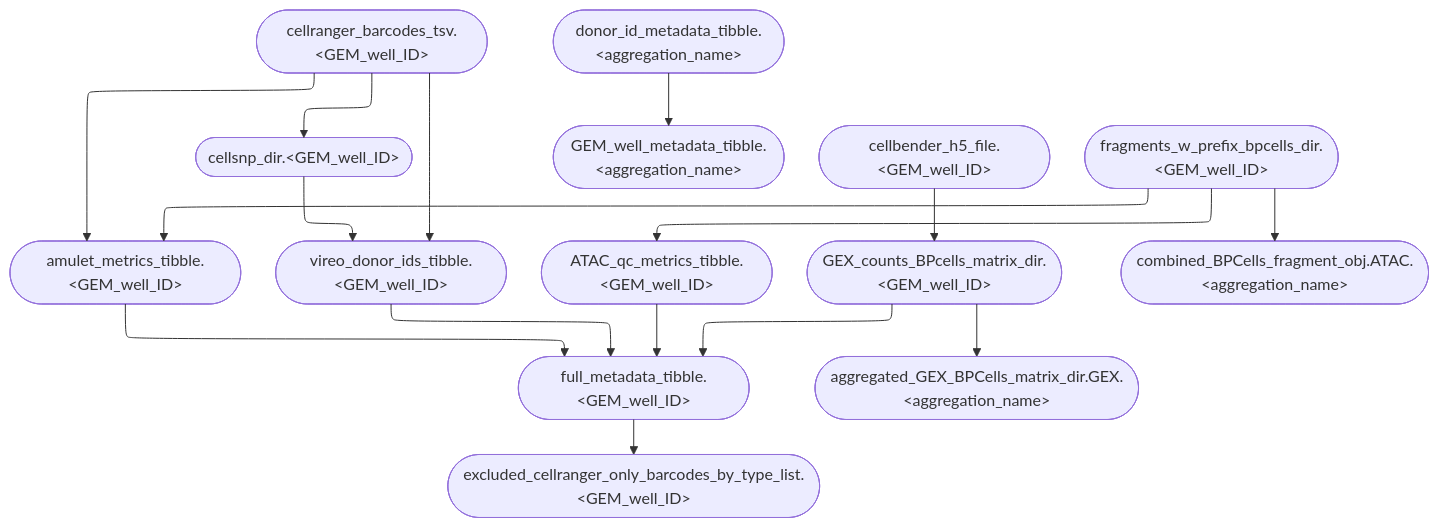
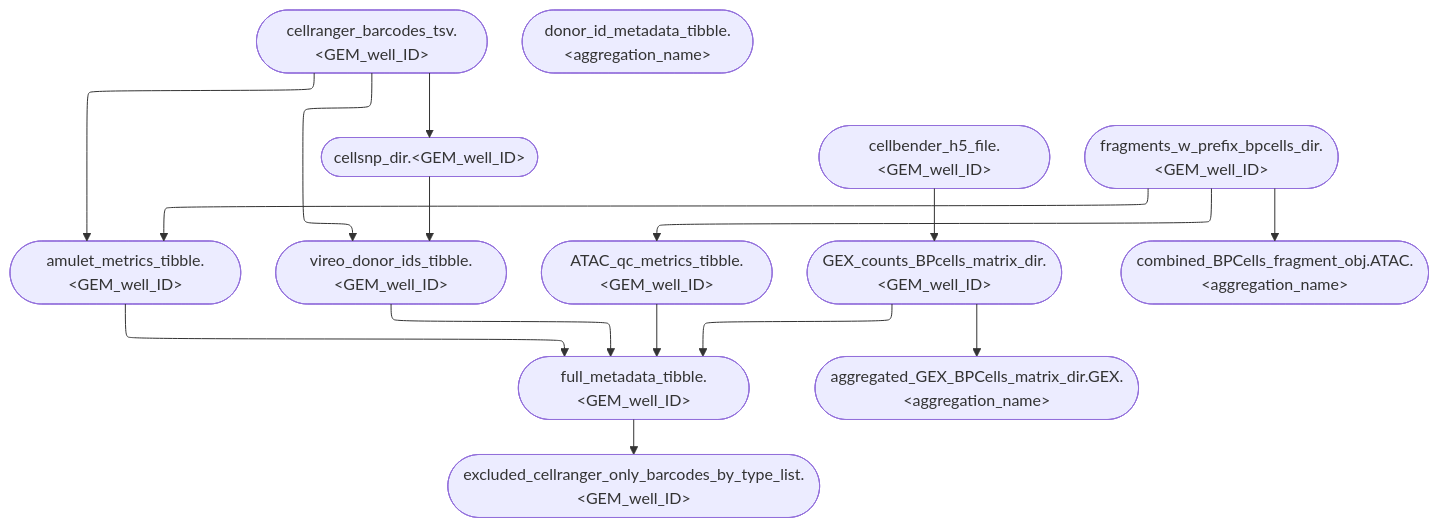
The diagram in website/figures/human_curated/parallel_v2.mmd (koefoeden/multiomeR), drawn with Mermaid before and after one commit. The commit also changed 105 other files, not shown here.

```diff
--- a/website/figures/human_curated/parallel_v2.mmd
+++ b/website/figures/human_curated/parallel_v2.mmd
@@ -1,17 +1,17 @@
 %%{init: {'flowchart': {'defaultRenderer': 'elk'}}}%%
 flowchart TB
-  cellranger_barcodes_tsv.embryonic_brain_mouse(["cellranger_barcodes_tsv.&lt;GEM_well_ID&gt;"]):::none --> amulet_metrics_tibble.embryonic_brain_mouse(["amulet_metrics_tibble.&lt;GEM_well_ID&gt;"]):::none
-  cellranger_barcodes_tsv.embryonic_brain_mouse(["cellranger_barcodes_tsv.&lt;GEM_well_ID&gt;"]):::none --> cellsnp_dir.embryonic_brain_mouse(["cellsnp_dir.&lt;GEM_well_ID&gt;"]):::none
-  full_metadata_tibble.embryonic_brain_mouse(["full_metadata_tibble.&lt;GEM_well_ID&gt;"]):::none --> excluded_cellranger_only_barcodes_by_type_list.embryonic_brain_mouse(["excluded_cellranger_only_barcodes_by_type_list.&lt;GEM_well_ID&gt;"]):::none
-  vireo_donor_ids_tibble.embryonic_brain_mouse(["vireo_donor_ids_tibble.&lt;GEM_well_ID&gt;"]):::none --> full_metadata_tibble.embryonic_brain_mouse(["full_metadata_tibble.&lt;GEM_well_ID&gt;"]):::none
-  amulet_metrics_tibble.embryonic_brain_mouse(["amulet_metrics_tibble.&lt;GEM_well_ID&gt;"]):::none --> full_metadata_tibble.embryonic_brain_mouse(["full_metadata_tibble.&lt;GEM_well_ID&gt;"]):::none
-  ATAC_qc_metrics_tibble.embryonic_brain_mouse(["ATAC_qc_metrics_tibble.&lt;GEM_well_ID&gt;"]):::none --> full_metadata_tibble.embryonic_brain_mouse(["full_metadata_tibble.&lt;GEM_well_ID&gt;"]):::none
-  donor_id_metadata_tibble.brain_mouse(["donor_id_metadata_tibble.&lt;aggregation_name&gt;"]):::none --> GEM_well_metadata_tibble.brain_mouse(["GEM_well_metadata_tibble.&lt;aggregation_name&gt;"]):::none
-  cellbender_h5_file.embryonic_brain_mouse(["cellbender_h5_file.&lt;GEM_well_ID&gt;"]):::none --> GEX_counts_BPcells_matrix_dir.embryonic_brain_mouse(["GEX_counts_BPcells_matrix_dir.&lt;GEM_well_ID&gt;"]):::none
-  cellranger_barcodes_tsv.embryonic_brain_mouse(["cellranger_barcodes_tsv.&lt;GEM_well_ID&gt;"]):::none --> vireo_donor_ids_tibble.embryonic_brain_mouse(["vireo_donor_ids_tibble.&lt;GEM_well_ID&gt;"]):::none
-  cellsnp_dir.embryonic_brain_mouse(["cellsnp_dir.&lt;GEM_well_ID&gt;"]):::none --> vireo_donor_ids_tibble.embryonic_brain_mouse(["vireo_donor_ids_tibble.&lt;GEM_well_ID&gt;"]):::none
-  fragments_w_prefix_bpcells_dir.embryonic_brain_mouse(["fragments_w_prefix_bpcells_dir.&lt;GEM_well_ID&gt;"]):::none --> amulet_metrics_tibble.embryonic_brain_mouse(["amulet_metrics_tibble.&lt;GEM_well_ID&gt;"]):::none
-  fragments_w_prefix_bpcells_dir.embryonic_brain_mouse(["fragments_w_prefix_bpcells_dir.&lt;GEM_well_ID&gt;"]):::none --> ATAC_qc_metrics_tibble.embryonic_brain_mouse(["ATAC_qc_metrics_tibble.&lt;GEM_well_ID&gt;"]):::none
-  fragments_w_prefix_bpcells_dir.embryonic_brain_mouse(["fragments_w_prefix_bpcells_dir.&lt;GEM_well_ID&gt;"]):::none --> combined_BPCells_fragment_obj.ATAC.brain_mouse(["combined_BPCells_fragment_obj.ATAC.&lt;aggregation_name&gt;"]):::none
-  GEX_counts_BPcells_matrix_dir.embryonic_brain_mouse(["GEX_counts_BPcells_matrix_dir.&lt;GEM_well_ID&gt;"]):::none --> full_metadata_tibble.embryonic_brain_mouse(["full_metadata_tibble.&lt;GEM_well_ID&gt;"]):::none
-  GEX_counts_BPcells_matrix_dir.embryonic_brain_mouse(["GEX_counts_BPcells_matrix_dir.&lt;GEM_well_ID&gt;"]):::none --> aggregated_GEX_BPCells_matrix_dir.GEX.brain_mouse(["aggregated_GEX_BPCells_matrix_dir.GEX.&lt;aggregation_name&gt;"]):::none
+  cellranger_barcodes_tsv.healthy_PBMC_human(["cellranger_barcodes_tsv.&lt;GEM_well_ID&gt;"]):::none --> amulet_metrics_tibble.healthy_PBMC_human(["amulet_metrics_tibble.&lt;GEM_well_ID&gt;"]):::none
+  cellranger_barcodes_tsv.healthy_PBMC_human(["cellranger_barcodes_tsv.&lt;GEM_well_ID&gt;"]):::none --> cellsnp_dir.healthy_PBMC_human(["cellsnp_dir.&lt;GEM_well_ID&gt;"]):::none
+  full_metadata_tibble.healthy_PBMC_human(["full_metadata_tibble.&lt;GEM_well_ID&gt;"]):::none --> excluded_cellranger_only_barcodes_by_type_list.healthy_PBMC_human(["excluded_cellranger_only_barcodes_by_type_list.&lt;GEM_well_ID&gt;"]):::none
+  vireo_donor_ids_tibble.healthy_PBMC_human(["vireo_donor_ids_tibble.&lt;GEM_well_ID&gt;"]):::none --> full_metadata_tibble.healthy_PBMC_human(["full_metadata_tibble.&lt;GEM_well_ID&gt;"]):::none
+  amulet_metrics_tibble.healthy_PBMC_human(["amulet_metrics_tibble.&lt;GEM_well_ID&gt;"]):::none --> full_metadata_tibble.healthy_PBMC_human(["full_metadata_tibble.&lt;GEM_well_ID&gt;"]):::none
+  ATAC_qc_metrics_tibble.healthy_PBMC_human(["ATAC_qc_metrics_tibble.&lt;GEM_well_ID&gt;"]):::none --> full_metadata_tibble.healthy_PBMC_human(["full_metadata_tibble.&lt;GEM_well_ID&gt;"]):::none
+  cellbender_h5_file.healthy_PBMC_human(["cellbender_h5_file.&lt;GEM_well_ID&gt;"]):::none --> GEX_counts_BPcells_matrix_dir.healthy_PBMC_human(["GEX_counts_BPcells_matrix_dir.&lt;GEM_well_ID&gt;"]):::none
+  cellsnp_dir.healthy_PBMC_human(["cellsnp_dir.&lt;GEM_well_ID&gt;"]):::none --> vireo_donor_ids_tibble.healthy_PBMC_human(["vireo_donor_ids_tibble.&lt;GEM_well_ID&gt;"]):::none
+  cellranger_barcodes_tsv.healthy_PBMC_human(["cellranger_barcodes_tsv.&lt;GEM_well_ID&gt;"]):::none --> vireo_donor_ids_tibble.healthy_PBMC_human(["vireo_donor_ids_tibble.&lt;GEM_well_ID&gt;"]):::none
+  fragments_w_prefix_bpcells_dir.healthy_PBMC_human(["fragments_w_prefix_bpcells_dir.&lt;GEM_well_ID&gt;"]):::none --> amulet_metrics_tibble.healthy_PBMC_human(["amulet_metrics_tibble.&lt;GEM_well_ID&gt;"]):::none
+  fragments_w_prefix_bpcells_dir.healthy_PBMC_human(["fragments_w_prefix_bpcells_dir.&lt;GEM_well_ID&gt;"]):::none --> ATAC_qc_metrics_tibble.healthy_PBMC_human(["ATAC_qc_metrics_tibble.&lt;GEM_well_ID&gt;"]):::none
+  fragments_w_prefix_bpcells_dir.healthy_PBMC_human(["fragments_w_prefix_bpcells_dir.&lt;GEM_well_ID&gt;"]):::none --> combined_BPCells_fragment_obj.ATAC.immune_human_2x(["combined_BPCells_fragment_obj.ATAC.&lt;aggregation_name&gt;"]):::none
+  GEX_counts_BPcells_matrix_dir.healthy_PBMC_human(["GEX_counts_BPcells_matrix_dir.&lt;GEM_well_ID&gt;"]):::none --> full_metadata_tibble.healthy_PBMC_human(["full_metadata_tibble.&lt;GEM_well_ID&gt;"]):::none
+  GEX_counts_BPcells_matrix_dir.healthy_PBMC_human(["GEX_counts_BPcells_matrix_dir.&lt;GEM_well_ID&gt;"]):::none --> aggregated_GEX_BPCells_matrix_dir.GEX.immune_human_2x(["aggregated_GEX_BPCells_matrix_dir.GEX.&lt;aggregation_name&gt;"]):::none
+  donor_id_metadata_tibble.immune_human_2x(["donor_id_metadata_tibble.&lt;aggregation_name&gt;"]):::none
```
